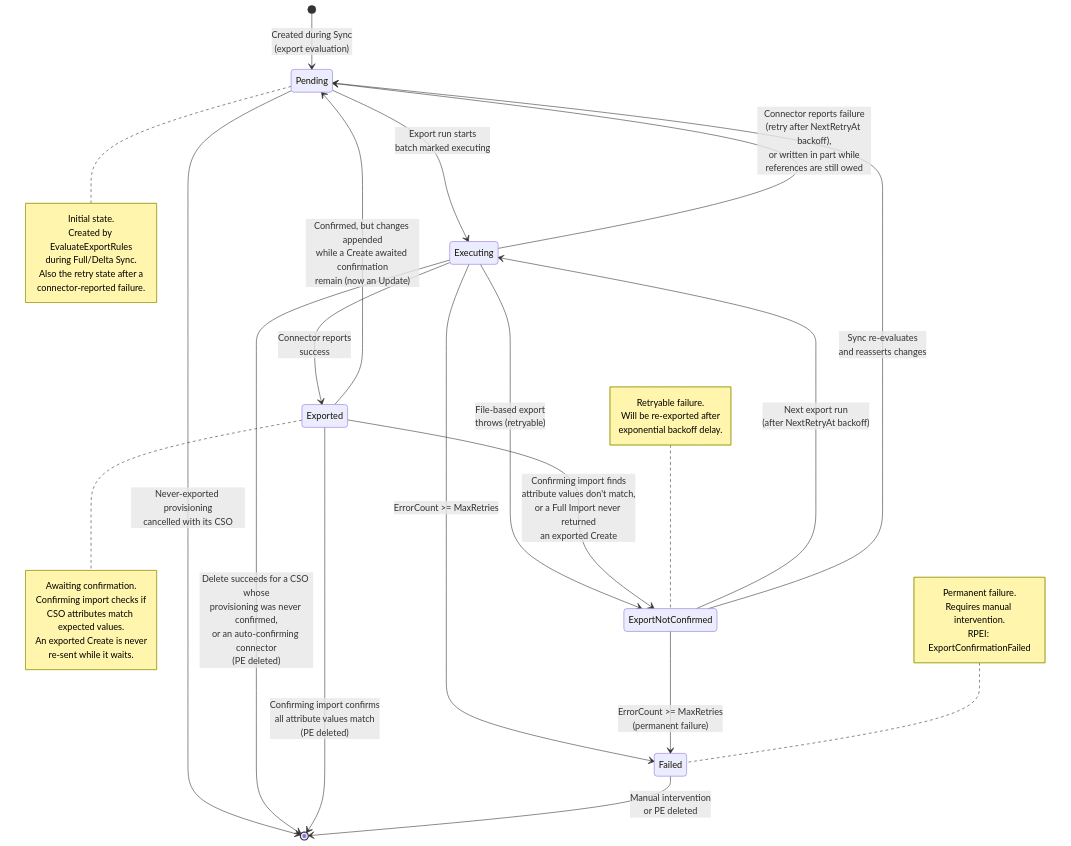
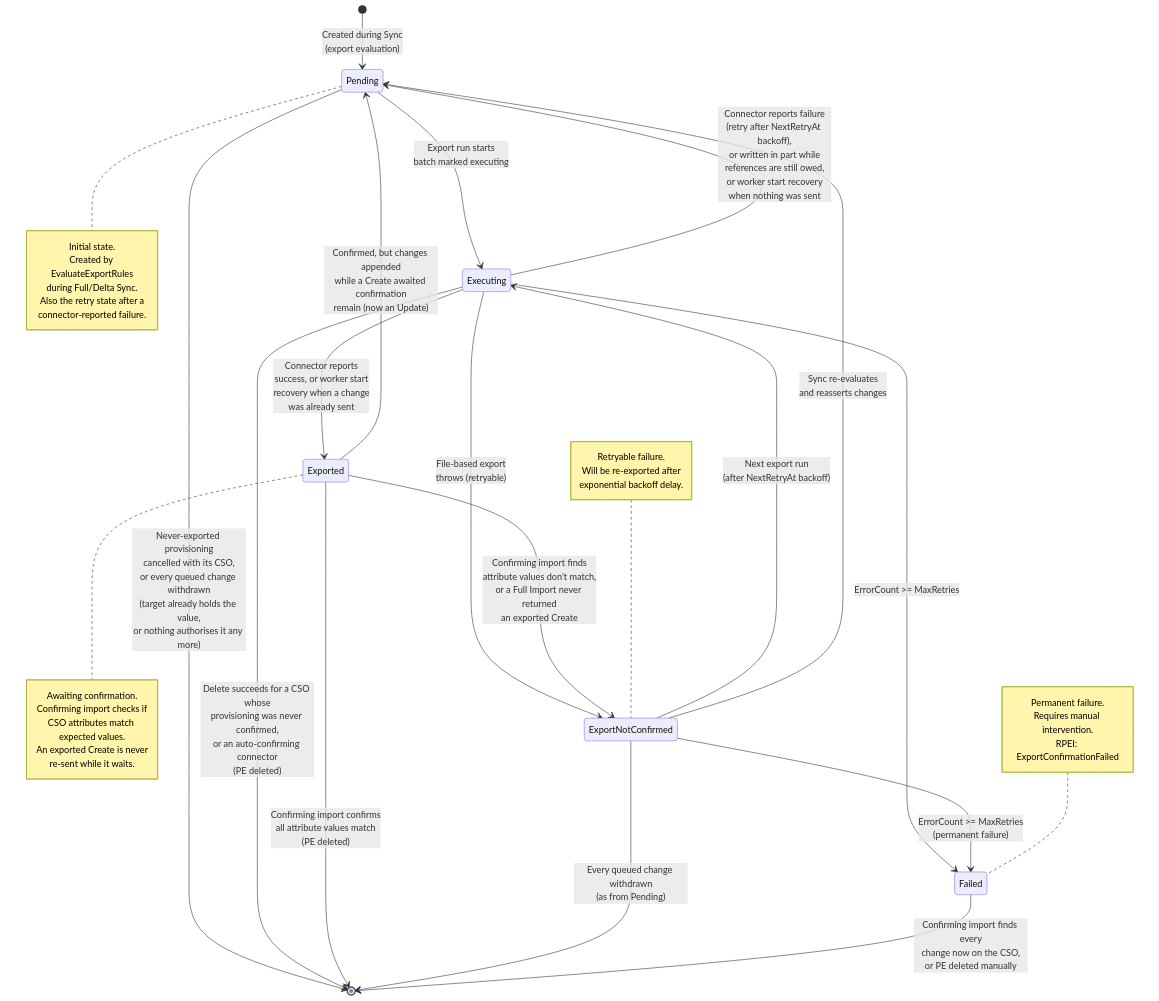
One commit to TetronIO/JIM changed the first of 5 diagrams in docs/developer/diagrams/PENDING_EXPORT_LIFECYCLE.md. Above: the diagram before and after it, drawn with Mermaid. The commit also changed other lines of this file and 28 other files, not shown here.

First line of the commit message:
docs: update documentation and diagrams for v0.16.0 release

````diff
--- a/docs/developer/diagrams/PENDING_EXPORT_LIFECYCLE.md
+++ b/docs/developer/diagrams/PENDING_EXPORT_LIFECYCLE.md
@@ -9,55 +9,57 @@
 ```mermaid
 stateDiagram-v2
     [*] --> Pending: Created during Sync<br/>(export evaluation)
 
-    Pending --> [*]: Never-exported provisioning<br/>cancelled with its CSO
+    Pending --> [*]: Never-exported provisioning<br/>cancelled with its CSO,<br/>or every queued change withdrawn<br/>(target already holds the value,<br/>or nothing authorises it any more)
 
     Pending --> Executing: Export run starts<br/>batch marked executing
 
-    Executing --> Exported: Connector reports<br/>success
+    Executing --> Exported: Connector reports<br/>success, or worker start<br/>recovery when a change<br/>was already sent
 
-    Executing --> Pending: Connector reports failure<br/>(retry after NextRetryAt backoff),<br/>or written in part while<br/>references are still owed
+    Executing --> Pending: Connector reports failure<br/>(retry after NextRetryAt backoff),<br/>or written in part while<br/>references are still owed,<br/>or worker start recovery<br/>when nothing was sent
     Executing --> ExportNotConfirmed: File-based export<br/>throws (retryable)
     Executing --> Failed: ErrorCount >= MaxRetries
 
     Executing --> [*]: Delete succeeds for a CSO whose<br/>provisioning was never confirmed,<br/>or an auto-confirming connector<br/>(PE deleted)
 
     Exported --> [*]: Confirming import confirms<br/>all attribute values match<br/>(PE deleted)
 
     Exported --> ExportNotConfirmed: Confirming import finds<br/>attribute values don't match,<br/>or a Full Import never returned<br/>an exported Create
 
     Exported --> Pending: Confirmed, but changes appended<br/>while a Create awaited confirmation<br/>remain (now an Update)
 
     ExportNotConfirmed --> Executing: Next export run<br/>(after NextRetryAt backoff)
 
     ExportNotConfirmed --> Pending: Sync re-evaluates<br/>and reasserts changes
 
     ExportNotConfirmed --> Failed: ErrorCount >= MaxRetries<br/>(permanent failure)
 
-    Failed --> [*]: Manual intervention<br/>or PE deleted
+    ExportNotConfirmed --> [*]: Every queued change withdrawn<br/>(as from Pending)
+
+    Failed --> [*]: Confirming import finds every<br/>change now on the CSO,<br/>or PE deleted manually
 
     note right of Pending
         Initial state.
         Created by EvaluateExportRules
         during Full/Delta Sync.
         Also the retry state after a
         connector-reported failure.
     end note
     note right of Exported
         Awaiting confirmation.
         Confirming import checks if
         CSO attributes match expected values.
         An exported Create is never
         re-sent while it waits.
     end note
     note left of ExportNotConfirmed
         Retryable failure.
         Will be re-exported after
         exponential backoff delay.
     end note
     note left of Failed
         Permanent failure.
         Requires manual intervention.
         RPEI: ExportConfirmationFailed
     end note
 ```
````
